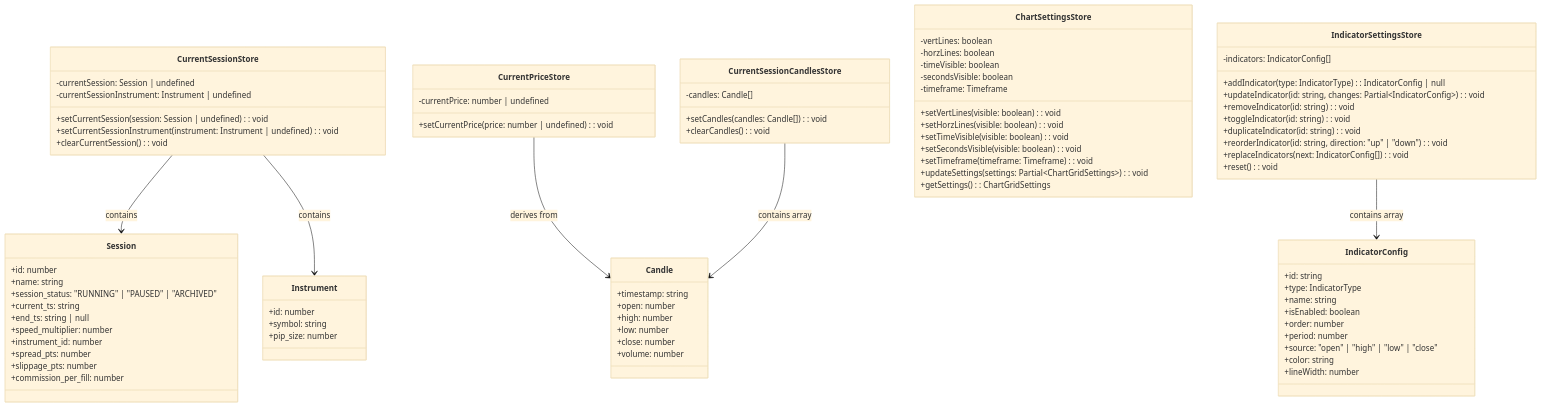
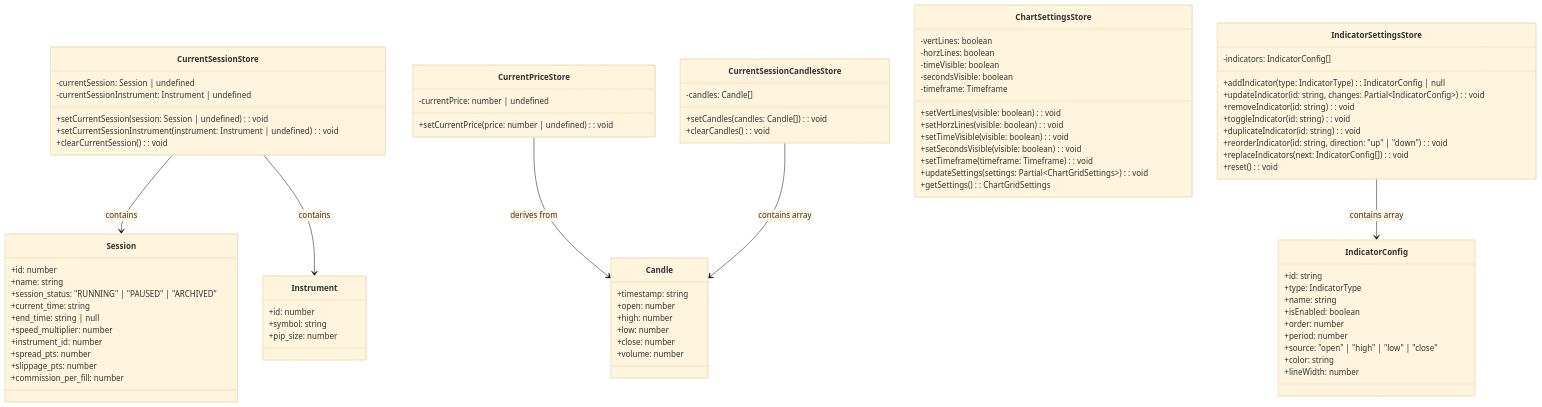
The diagram in documentation/features/frontend/session-running/class-diagram-stores.mmd (DamienReichhart/BackTrade), drawn with Mermaid (base theme) before and after one commit. The commit also changed 56 other files, not shown here.

```diff
--- a/documentation/features/frontend/session-running/class-diagram-stores.mmd
+++ b/documentation/features/frontend/session-running/class-diagram-stores.mmd
@@ -1,92 +1,92 @@
 classDiagram
     class CurrentSessionStore {
         -currentSession: Session | undefined
         -currentSessionInstrument: Instrument | undefined
         +setCurrentSession(session: Session | undefined): void
         +setCurrentSessionInstrument(instrument: Instrument | undefined): void
         +clearCurrentSession(): void
     }
     
     class CurrentPriceStore {
         -currentPrice: number | undefined
         +setCurrentPrice(price: number | undefined): void
     }
     
     class CurrentSessionCandlesStore {
         -candles: Candle[]
         +setCandles(candles: Candle[]): void
         +clearCandles(): void
     }
     
     class ChartSettingsStore {
         -vertLines: boolean
         -horzLines: boolean
         -timeVisible: boolean
         -secondsVisible: boolean
         -timeframe: Timeframe
         +setVertLines(visible: boolean): void
         +setHorzLines(visible: boolean): void
         +setTimeVisible(visible: boolean): void
         +setSecondsVisible(visible: boolean): void
         +setTimeframe(timeframe: Timeframe): void
         +updateSettings(settings: Partial~ChartGridSettings~): void
         +getSettings(): ChartGridSettings
     }
     
     class IndicatorSettingsStore {
         -indicators: IndicatorConfig[]
         +addIndicator(type: IndicatorType): IndicatorConfig | null
         +updateIndicator(id: string, changes: Partial~IndicatorConfig~): void
         +removeIndicator(id: string): void
         +toggleIndicator(id: string): void
         +duplicateIndicator(id: string): void
         +reorderIndicator(id: string, direction: "up" | "down"): void
         +replaceIndicators(next: IndicatorConfig[]): void
         +reset(): void
     }
     
     class Session {
         +id: number
         +name: string
         +session_status: "RUNNING" | "PAUSED" | "ARCHIVED"
-        +current_ts: string
-        +end_ts: string | null
+        +current_time: string
+        +end_time: string | null
         +speed_multiplier: number
         +instrument_id: number
         +spread_pts: number
         +slippage_pts: number
         +commission_per_fill: number
     }
     
     class Instrument {
         +id: number
         +symbol: string
         +pip_size: number
     }
     
     class Candle {
         +timestamp: string
         +open: number
         +high: number
         +low: number
         +close: number
         +volume: number
     }
     
     class IndicatorConfig {
         +id: string
         +type: IndicatorType
         +name: string
         +isEnabled: boolean
         +order: number
         +period: number
         +source: "open" | "high" | "low" | "close"
         +color: string
         +lineWidth: number
     }
     
     CurrentSessionStore --> Session : contains
     CurrentSessionStore --> Instrument : contains
     CurrentPriceStore --> Candle : derives from
     CurrentSessionCandlesStore --> Candle : contains array
     IndicatorSettingsStore --> IndicatorConfig : contains array
```
